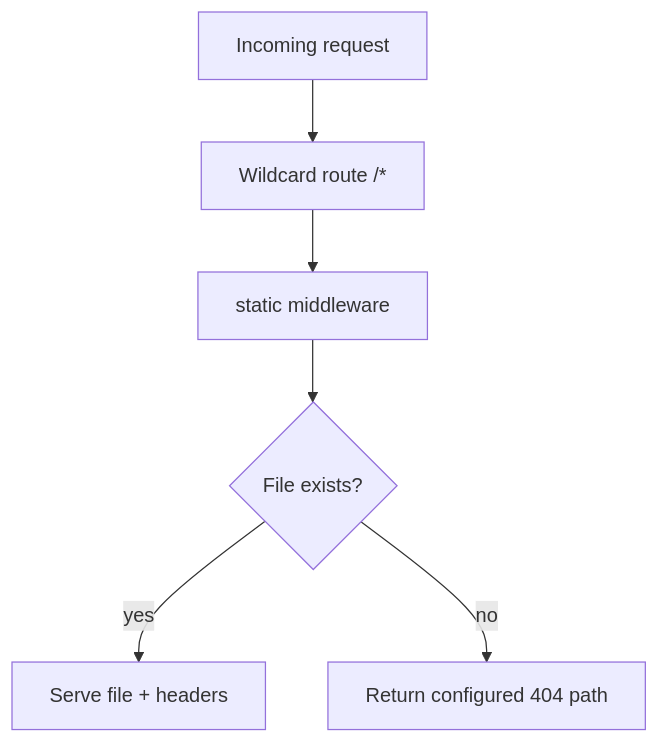
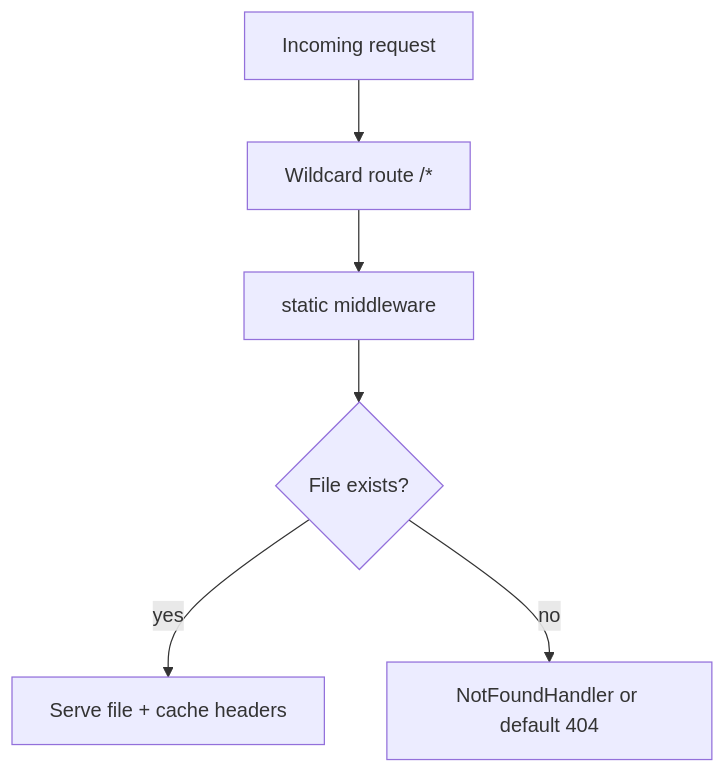
The diagram in blog/2026-02-13-static-server-with-fiber-v3.md (gofiber/docs), drawn with Mermaid before and after one commit. The commit also changed other lines of this file and 10 other files, not shown here.

````diff
--- a/blog/2026-02-13-static-server-with-fiber-v3.md
+++ b/blog/2026-02-13-static-server-with-fiber-v3.md
@@ -53,8 +98,8 @@
 ```mermaid
 flowchart TD
     A["Incoming request"] --> B["Wildcard route /*"]
     B --> C["static middleware"]
     C --> D{"File exists?"}
-    D -- yes --> E["Serve file + headers"]
-    D -- no --> F["Return configured 404 path"]
+    D -- yes --> E["Serve file + cache headers"]
+    D -- no --> F["NotFoundHandler or default 404"]
 ```
````
